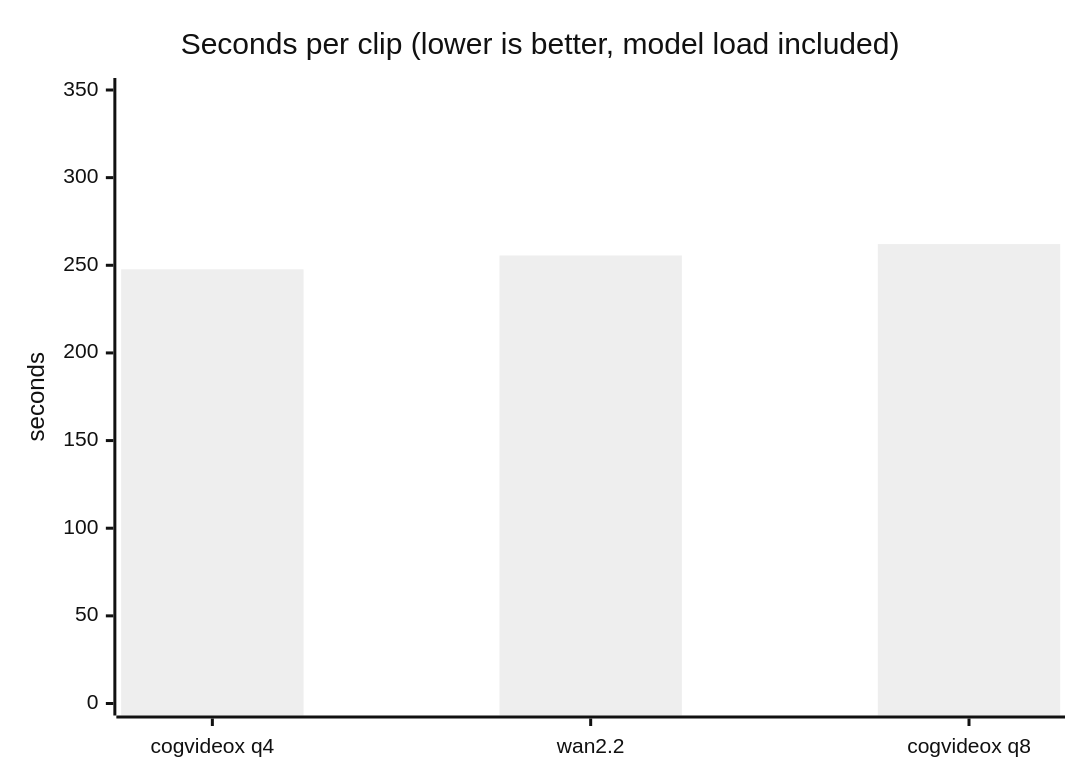
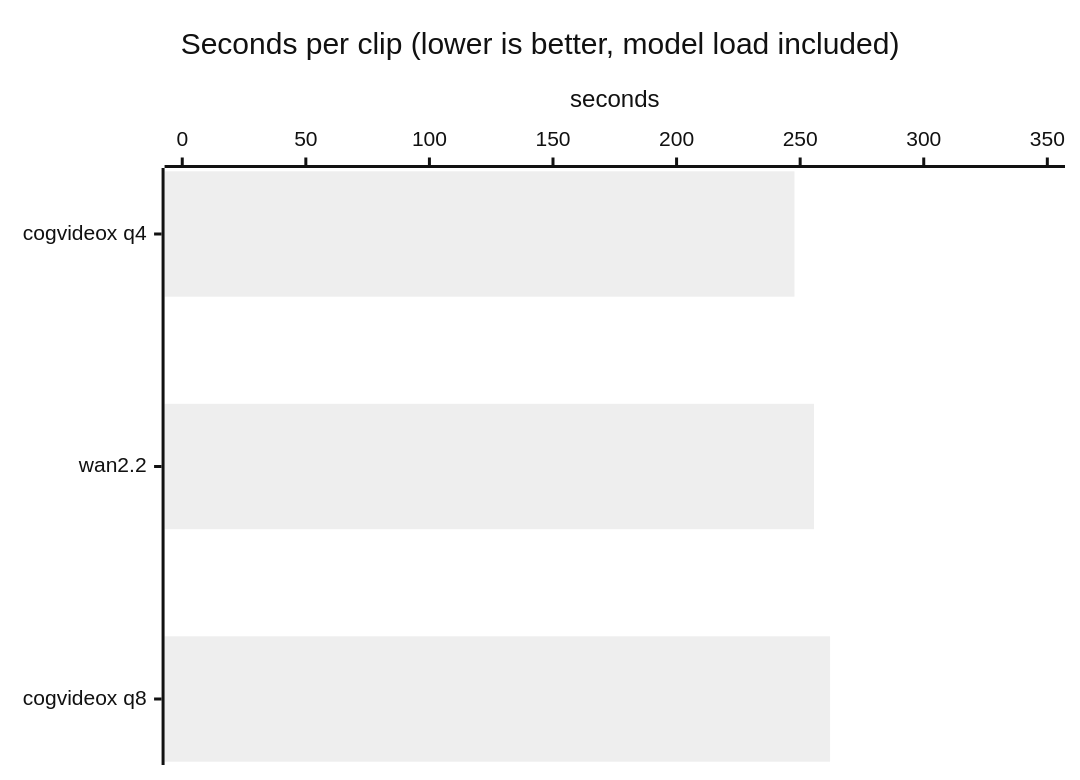
Before and after one commit to mahirfatih/local-generation-benchmark-m1-max: the fourth of 4 diagrams in README.md, drawn with Mermaid (neutral theme). The commit also changed other lines of this file, not shown here.

Commit message:
docs: turn the bar charts horizontal so the model names are readable
The eight image model names on the x-axis of the vertical xychart overlapped
into one grey smear at GitHub's rendered width, and the three video names
were close to it. Both charts now use xychart-beta horizontal, which puts the
names on the y-axis where the eight-character labels fit, with the seconds
scale along the top.

Checked in a browser against the rendered README on GitHub, not just locally:
the charts draw with all eight labels, in order, and no mermaid error.
./test/test.sh and ./scripts/lint.sh both pass.

````diff
--- a/README.md
+++ b/README.md
@@ -297,7 +297,7 @@
 ```mermaid
-xychart-beta
+xychart-beta horizontal
     title "Seconds per clip (lower is better, model load included)"
     x-axis ["cogvideox q4", "wan2.2", "cogvideox q8"]
     y-axis "seconds" 0 --> 350
     bar [247.7, 255.6, 262.1]
 ```
````
